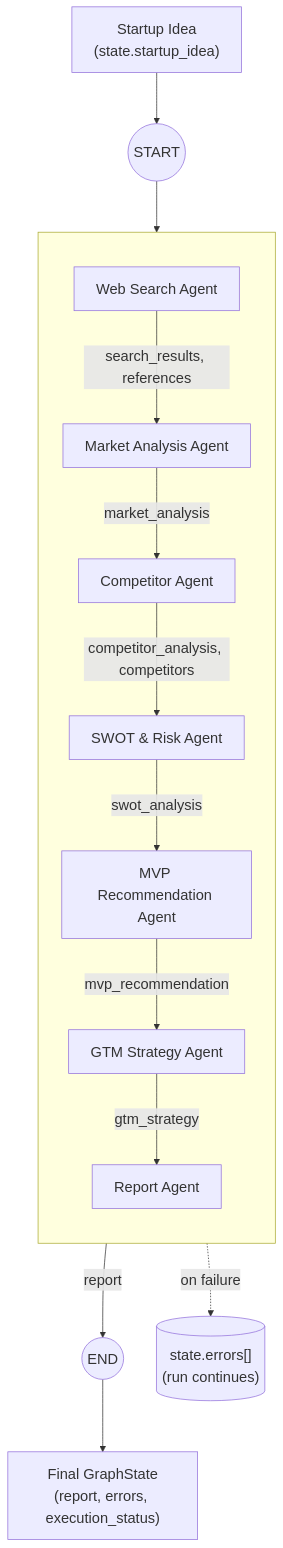
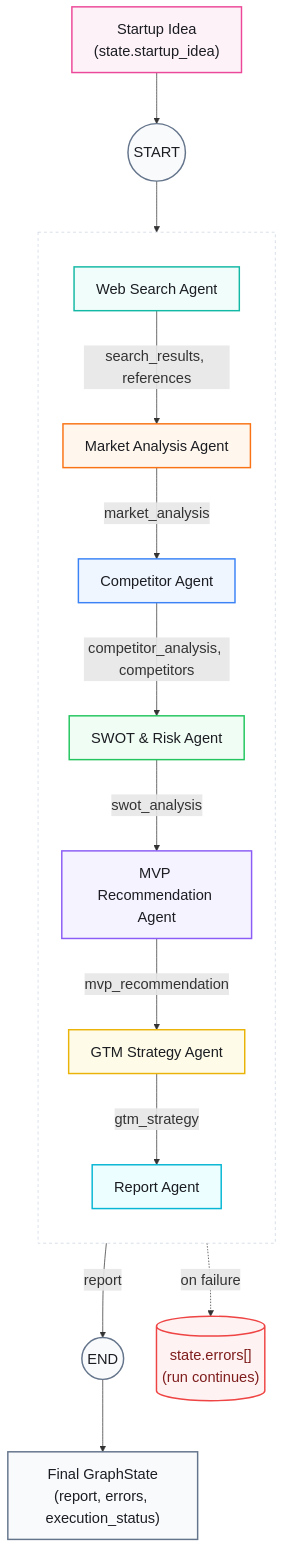
The diagram in docs/diagrams/pipeline_flow.md (Nikki03-tech/Ai-startup-idea-validator), drawn with Mermaid before and after one commit. The commit also changed 1 other file, not shown here.

Commit message:
Style pipeline flow diagram with distinct colors per agent
Gives each agent node its own pastel color (matching the mermaid.ai
reference style requested) instead of a single flat color, so stages
are visually distinguishable at a glance.

````diff
--- a/docs/diagrams/pipeline_flow.md
+++ b/docs/diagrams/pipeline_flow.md
@@ -9,21 +9,47 @@
 ```mermaid
 %%{init: {'flowchart': {'nodeSpacing': 45, 'rankSpacing': 70, 'curve': 'basis'}, 'themeVariables': {'fontSize': '20px'}}}%%
 flowchart TD
     IN["Startup Idea\n(state.startup_idea)"] --> START(("START"))
     START --> WS["Web Search Agent"]
 
     subgraph PIPELINE [" "]
         direction TD
         WS -->|"search_results, references"| MA["Market Analysis Agent"]
         MA -->|"market_analysis"| CA["Competitor Agent"]
         CA -->|"competitor_analysis, competitors"| SW["SWOT &amp; Risk Agent"]
         SW -->|"swot_analysis"| MVP["MVP Recommendation Agent"]
         MVP -->|"mvp_recommendation"| GTM["GTM Strategy Agent"]
         GTM -->|"gtm_strategy"| RA["Report Agent"]
     end
 
     RA -->|"report"| END_(("END"))
     END_ --> OUT["Final GraphState\n(report, errors, execution_status)"]
 
     PIPELINE -.->|"on failure"| ERR[("state.errors[]\n(run continues)")]
+
+    classDef pink fill:#fdf2f8,stroke:#ec4899,stroke-width:2px,color:#1b1d22;
+    classDef teal fill:#f0fdfa,stroke:#14b8a6,stroke-width:2px,color:#1b1d22;
+    classDef orange fill:#fff7ed,stroke:#f97316,stroke-width:2px,color:#1b1d22;
+    classDef blue fill:#eff6ff,stroke:#3b82f6,stroke-width:2px,color:#1b1d22;
+    classDef green fill:#f0fdf4,stroke:#22c55e,stroke-width:2px,color:#1b1d22;
+    classDef purple fill:#f5f3ff,stroke:#8b5cf6,stroke-width:2px,color:#1b1d22;
+    classDef amber fill:#fefce8,stroke:#eab308,stroke-width:2px,color:#1b1d22;
+    classDef cyan fill:#ecfeff,stroke:#06b6d4,stroke-width:2px,color:#1b1d22;
+    classDef neutral fill:#f8fafc,stroke:#64748b,stroke-width:2px,color:#1b1d22;
+    classDef danger fill:#fef2f2,stroke:#ef4444,stroke-width:2px,color:#7f1d1d;
+
+    class IN pink;
+    class START neutral;
+    class WS teal;
+    class MA orange;
+    class CA blue;
+    class SW green;
+    class MVP purple;
+    class GTM amber;
+    class RA cyan;
+    class END_ neutral;
+    class OUT neutral;
+    class ERR danger;
+
+    style PIPELINE fill:none,stroke:#cbd5e1,stroke-width:1px,stroke-dasharray: 4 4
 ```
````
